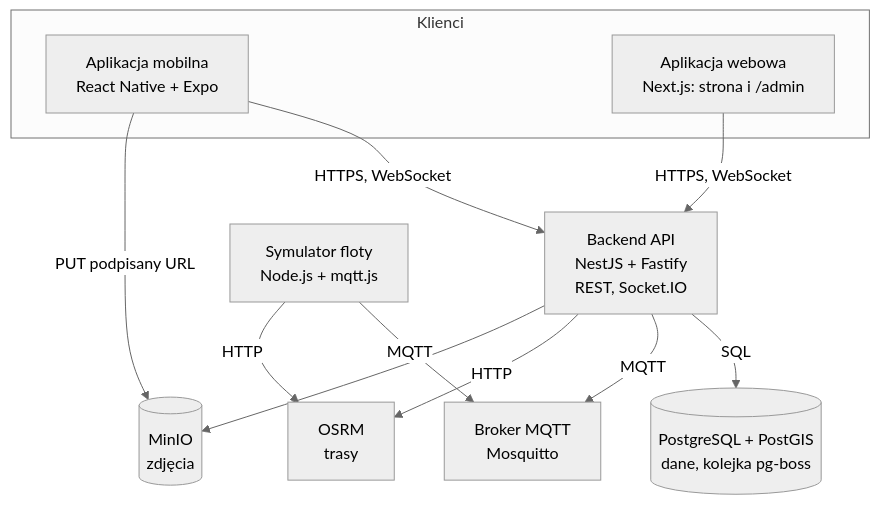
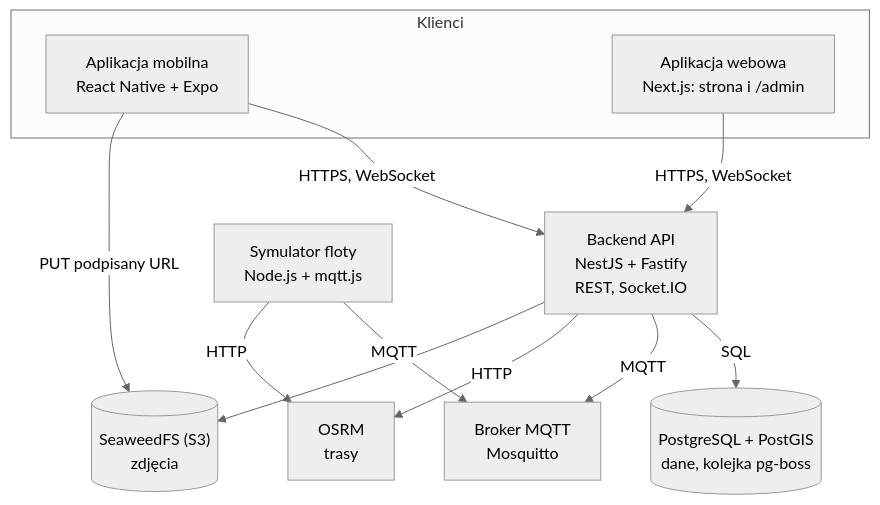
The diagram in docs/arc42/05-widok-blokow.md (FifiLen/engineering-project), drawn with Mermaid (neutral theme) before and after one commit. The commit also changed 29 other files, not shown here.

````diff
--- a/docs/arc42/05-widok-blokow.md
+++ b/docs/arc42/05-widok-blokow.md
@@ -5,23 +5,23 @@
 ```mermaid
 flowchart TB
     subgraph Klienci
         M["Aplikacja mobilna<br/>React Native + Expo"]
         W["Aplikacja webowa<br/>Next.js: strona i /admin"]
     end
     API["Backend API<br/>NestJS + Fastify<br/>REST, Socket.IO"]
     DB[("PostgreSQL + PostGIS<br/>dane, kolejka pg-boss")]
     MQ["Broker MQTT<br/>Mosquitto"]
     SIM["Symulator floty<br/>Node.js + mqtt.js"]
-    FS[("MinIO<br/>zdjęcia")]
+    FS[("SeaweedFS (S3)<br/>zdjęcia")]
     OSRM["OSRM<br/>trasy"]
 
     M -- "HTTPS, WebSocket" --> API
     W -- "HTTPS, WebSocket" --> API
     M -- "PUT podpisany URL" --> FS
     API -- "SQL" --> DB
     API -- "MQTT" --> MQ
     SIM -- "MQTT" --> MQ
     SIM -- "HTTP" --> OSRM
     API -- "HTTP" --> OSRM
     API --> FS
 ```
````
